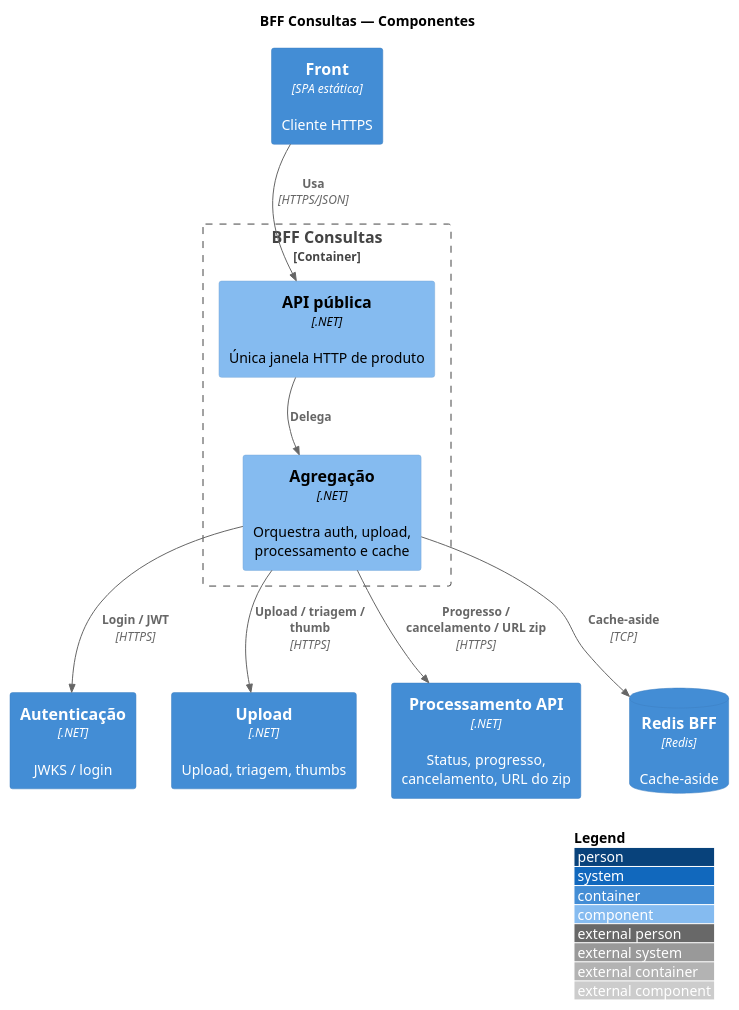
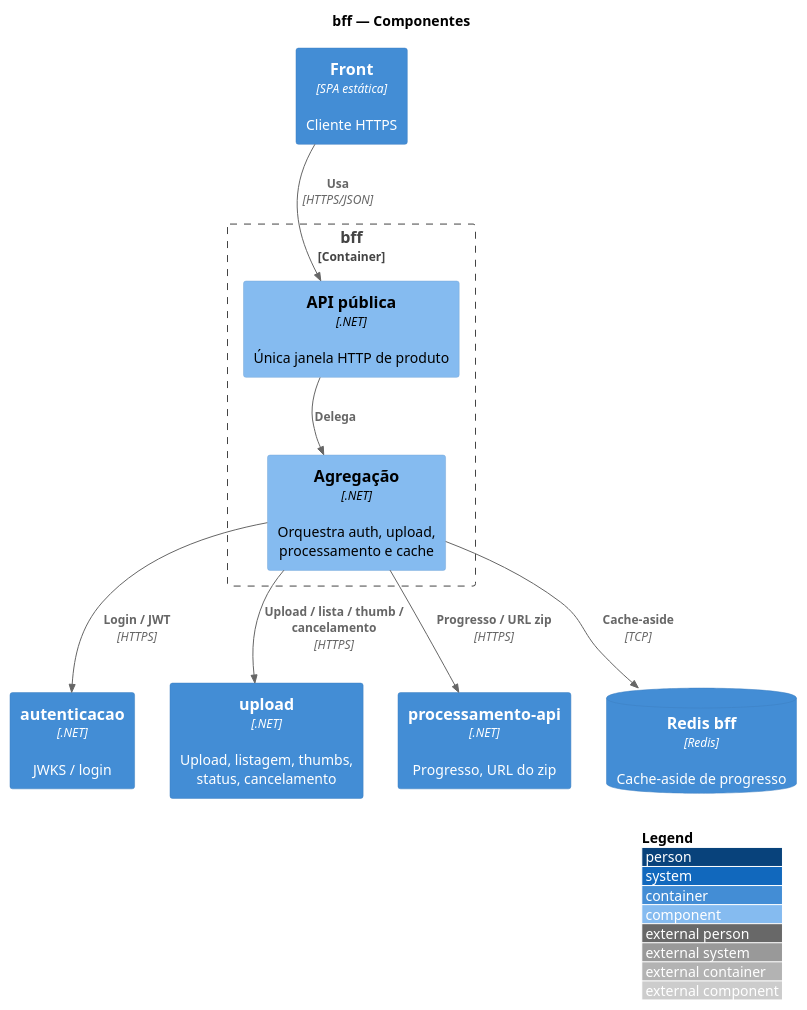
Before and after one commit to fiap-x-vcosta/docs: the diagram in arquitetura/09_componentes-bff.puml, drawn with PlantUML. The commit also changed 38 other files, not shown here.

```diff
--- a/arquitetura/09_componentes-bff.puml
+++ b/arquitetura/09_componentes-bff.puml
@@ -1,34 +1,34 @@
 @startuml 09_componentes-bff
 !include https://raw.githubusercontent.com/plantuml-stdlib/C4-PlantUML/master/C4_Component.puml
 
 LAYOUT_WITH_LEGEND()
 LAYOUT_TOP_DOWN()
 
-title BFF Consultas — Componentes
+title bff — Componentes
 
 Container(web, "Front", "SPA estática", "Cliente HTTPS")
-Container(auth, "Autenticação", ".NET", "JWKS / login")
-Container(upload, "Upload", ".NET", "Upload, triagem, thumbs")
-Container(procApi, "Processamento API", ".NET", "Status, progresso, cancelamento, URL do zip")
-ContainerDb(redis, "Redis BFF", "Redis", "Cache-aside")
+Container(auth, "autenticacao", ".NET", "JWKS / login")
+Container(upload, "upload", ".NET", "Upload, listagem, thumbs, status, cancelamento")
+Container(procApi, "processamento-api", ".NET", "Progresso, URL do zip")
+ContainerDb(redis, "Redis bff", "Redis", "Cache-aside de progresso")
 
-Container_Boundary(bff, "BFF Consultas") {
+Container_Boundary(bff, "bff") {
   Component(gateway, "API pública", ".NET", "Única janela HTTP de produto")
   Component(agg, "Agregação", ".NET", "Orquestra auth, upload, processamento e cache")
 }
 
 Rel(web, gateway, "Usa", "HTTPS/JSON")
 Rel(gateway, agg, "Delega")
 Rel(agg, auth, "Login / JWT", "HTTPS")
-Rel(agg, upload, "Upload / triagem / thumb", "HTTPS")
-Rel(agg, procApi, "Progresso / cancelamento / URL zip", "HTTPS")
+Rel(agg, upload, "Upload / lista / thumb / cancelamento", "HTTPS")
+Rel(agg, procApi, "Progresso / URL zip", "HTTPS")
 Rel(agg, redis, "Cache-aside", "TCP")
 
 Lay_D(web, gateway)
 Lay_D(gateway, agg)
 Lay_D(agg, redis)
 Lay_R(auth, upload)
 Lay_R(upload, procApi)
 Lay_D(agg, auth)
 
 @enduml
```
